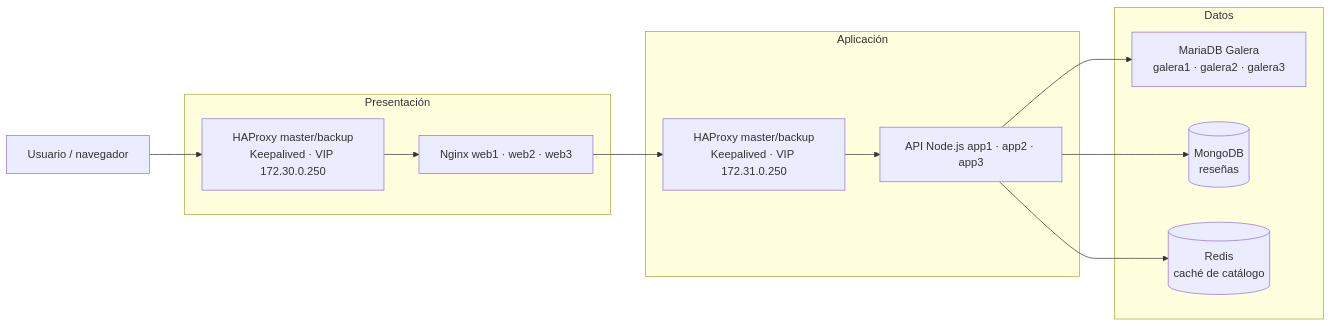
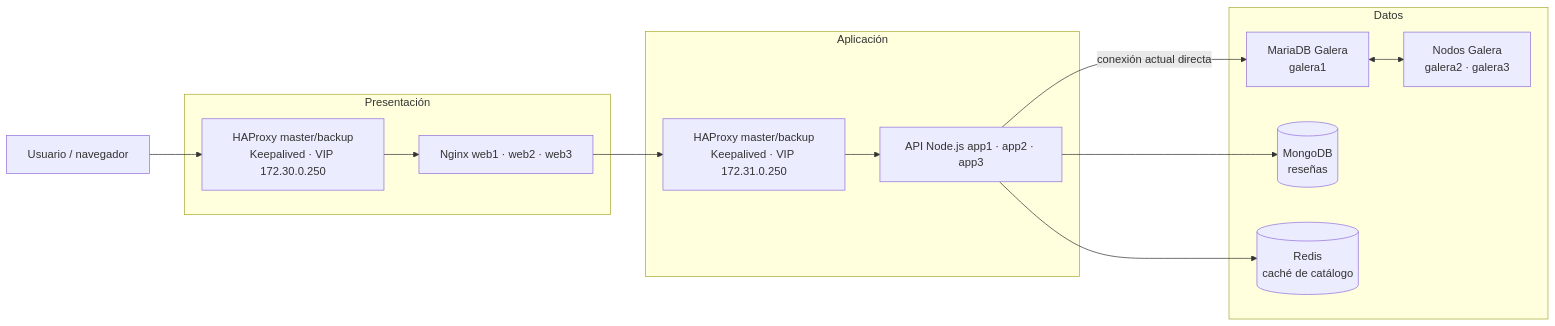
One commit to SrMeme64/distributedsystems changed the diagram in README.md. Above: the diagram before and after it, drawn with Mermaid. The commit also changed other lines of this file and 1 other file, not shown here.

````diff
--- a/README.md
+++ b/README.md
@@ -28,24 +28,26 @@
 ```mermaid
 flowchart LR
     cliente[Usuario / navegador]
     subgraph presentacion["Presentación"]
         haprP["HAProxy master/backup<br/>Keepalived · VIP 172.30.0.250"]
         web["Nginx web1 · web2 · web3"]
         haprP --> web
     end
     subgraph aplicacion["Aplicación"]
         haprA["HAProxy master/backup<br/>Keepalived · VIP 172.31.0.250"]
         api["API Node.js app1 · app2 · app3"]
         haprA --> api
     end
     subgraph datos["Datos"]
-        galera["MariaDB Galera<br/>galera1 · galera2 · galera3"]
+        galera1["MariaDB Galera<br/>galera1"]
+        galeraRest["Nodos Galera<br/>galera2 · galera3"]
         mongo[(MongoDB<br/>reseñas)]
         redis[(Redis<br/>caché de catálogo)]
+        galera1 <--> galeraRest
     end
     cliente --> haprP
     web --> haprA
-    api --> galera
+    api -->|"conexión actual directa"| galera1
     api --> mongo
     api --> redis
 ```
````
